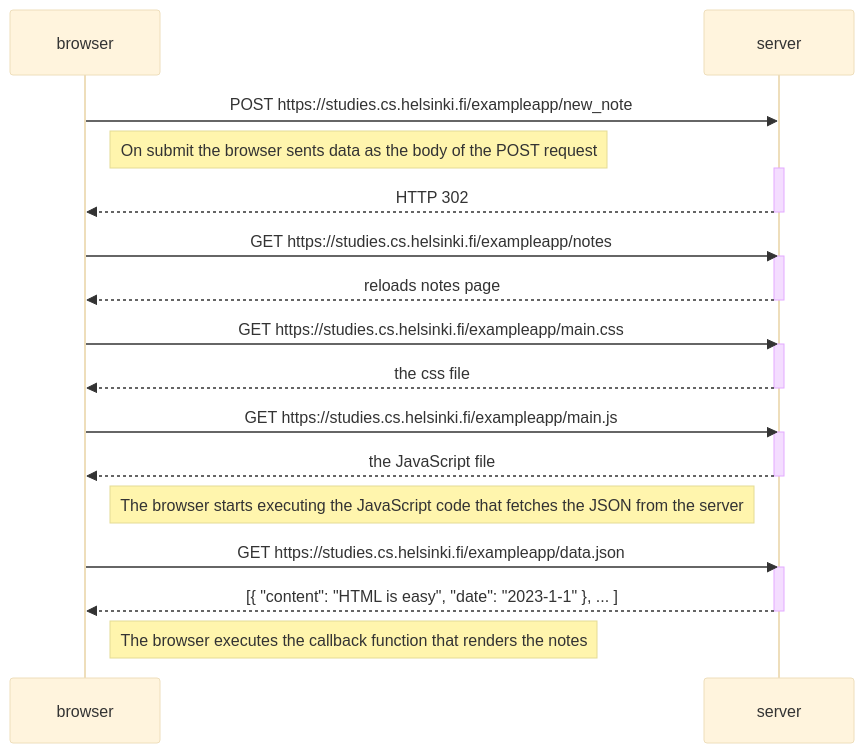
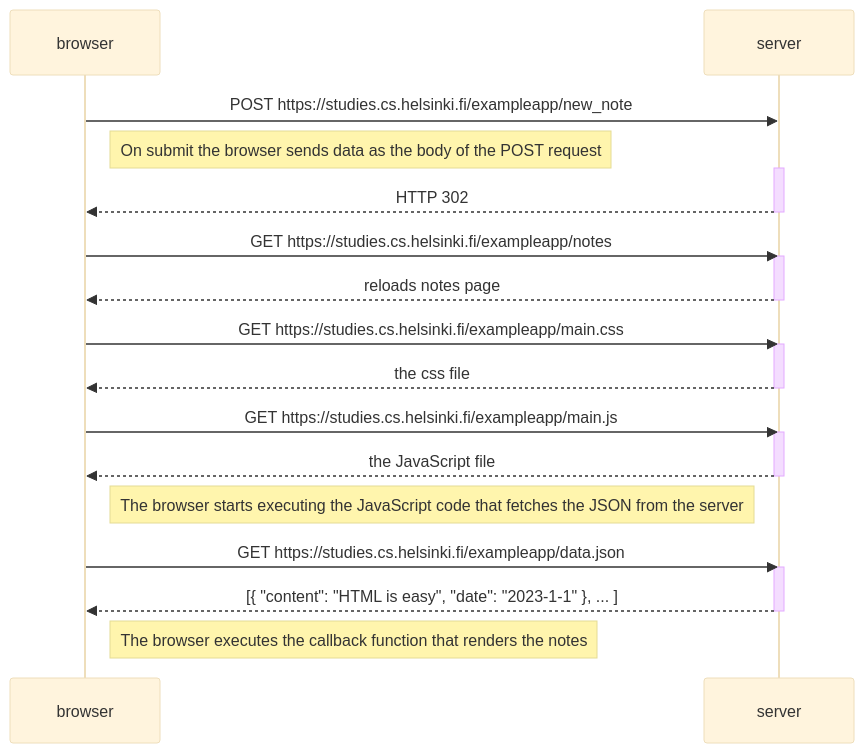
One commit to samtx08/UniversityOfHelsinki changed the diagram in 0,4.md. Above: the diagram before and after it, drawn with Mermaid (base theme).

````diff
--- a/0,4.md
+++ b/0,4.md
@@ -1,34 +1,34 @@
 ```mermaid
 sequenceDiagram
     participant browser
     participant server
 
     browser->>server: POST https://studies.cs.helsinki.fi/exampleapp/new_note
-    Note right of browser: On submit the browser sents data as the body of the POST request
+    Note right of browser: On submit the browser sends data as the body of the POST request
     activate server
     server-->>browser: HTTP 302
     deactivate server
     browser->>server: GET https://studies.cs.helsinki.fi/exampleapp/notes
     activate server
     server-->>browser: reloads notes page
     deactivate server
 
     browser->>server: GET https://studies.cs.helsinki.fi/exampleapp/main.css
     activate server
     server-->>browser: the css file
     deactivate server
 
     browser->>server: GET https://studies.cs.helsinki.fi/exampleapp/main.js
     activate server
     server-->>browser: the JavaScript file
     deactivate server
 
     Note right of browser: The browser starts executing the JavaScript code that fetches the JSON from the server
 
     browser->>server: GET https://studies.cs.helsinki.fi/exampleapp/data.json
     activate server
     server-->>browser: [{ "content": "HTML is easy", "date": "2023-1-1" }, ... ]
     deactivate server
 
     Note right of browser: The browser executes the callback function that renders the notes
 ```
````
